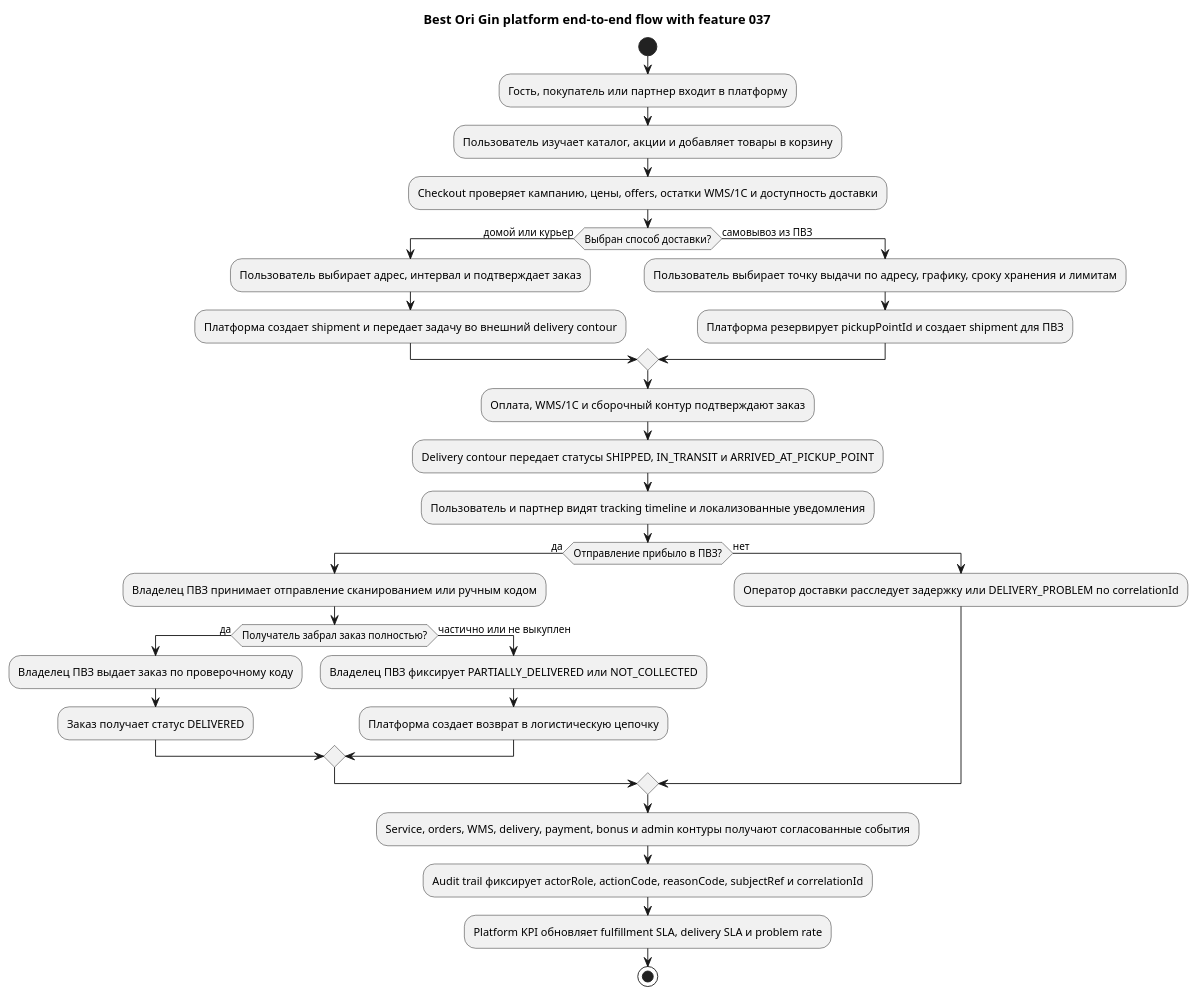
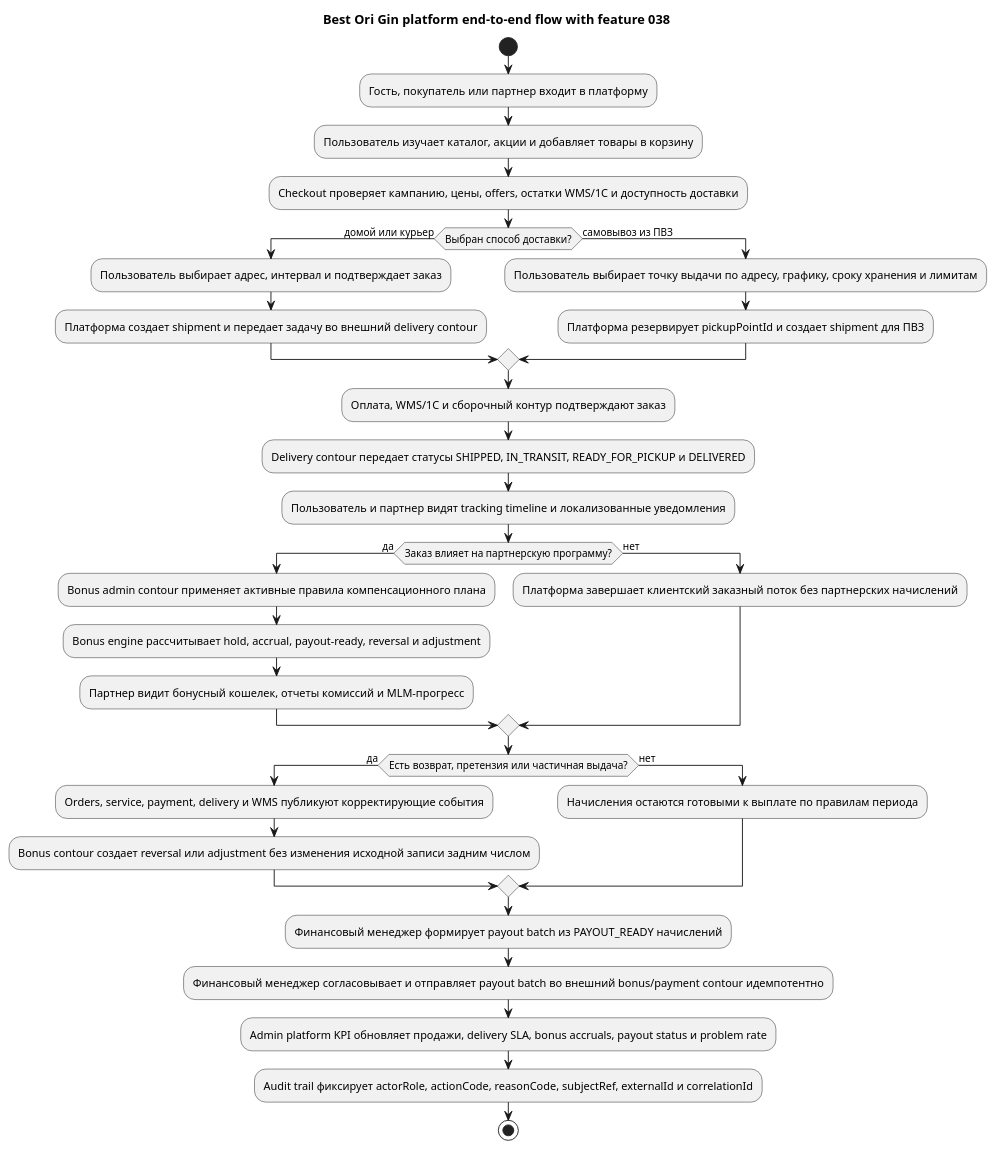
One commit to alextaralexander/ai_ori_test changed the diagram in agents/analytics/ba/end_to_end/end_to_end_process_bpmn.plantuml. Above: the diagram before and after it, drawn with PlantUML. The commit also changed 46 other files, not shown here.

```diff
--- a/agents/analytics/ba/end_to_end/end_to_end_process_bpmn.plantuml
+++ b/agents/analytics/ba/end_to_end/end_to_end_process_bpmn.plantuml
@@ -1,33 +1,35 @@
 @startuml
-title Best Ori Gin platform end-to-end flow with feature 037
+title Best Ori Gin platform end-to-end flow with feature 038
 start
 :Гость, покупатель или партнер входит в платформу;
 :Пользователь изучает каталог, акции и добавляет товары в корзину;
 :Checkout проверяет кампанию, цены, offers, остатки WMS/1C и доступность доставки;
 if (Выбран способ доставки?) then (домой или курьер)
   :Пользователь выбирает адрес, интервал и подтверждает заказ;
   :Платформа создает shipment и передает задачу во внешний delivery contour;
 else (самовывоз из ПВЗ)
   :Пользователь выбирает точку выдачи по адресу, графику, сроку хранения и лимитам;
   :Платформа резервирует pickupPointId и создает shipment для ПВЗ;
 endif
 :Оплата, WMS/1C и сборочный контур подтверждают заказ;
-:Delivery contour передает статусы SHIPPED, IN_TRANSIT и ARRIVED_AT_PICKUP_POINT;
+:Delivery contour передает статусы SHIPPED, IN_TRANSIT, READY_FOR_PICKUP и DELIVERED;
 :Пользователь и партнер видят tracking timeline и локализованные уведомления;
-if (Отправление прибыло в ПВЗ?) then (да)
-  :Владелец ПВЗ принимает отправление сканированием или ручным кодом;
-  if (Получатель забрал заказ полностью?) then (да)
-    :Владелец ПВЗ выдает заказ по проверочному коду;
-    :Заказ получает статус DELIVERED;
-  else (частично или не выкуплен)
-    :Владелец ПВЗ фиксирует PARTIALLY_DELIVERED или NOT_COLLECTED;
-    :Платформа создает возврат в логистическую цепочку;
-  endif
+if (Заказ влияет на партнерскую программу?) then (да)
+  :Bonus admin contour применяет активные правила компенсационного плана;
+  :Bonus engine рассчитывает hold, accrual, payout-ready, reversal и adjustment;
+  :Партнер видит бонусный кошелек, отчеты комиссий и MLM-прогресс;
 else (нет)
-  :Оператор доставки расследует задержку или DELIVERY_PROBLEM по correlationId;
+  :Платформа завершает клиентский заказный поток без партнерских начислений;
 endif
-:Service, orders, WMS, delivery, payment, bonus и admin контуры получают согласованные события;
-:Audit trail фиксирует actorRole, actionCode, reasonCode, subjectRef и correlationId;
-:Platform KPI обновляет fulfillment SLA, delivery SLA и problem rate;
+if (Есть возврат, претензия или частичная выдача?) then (да)
+  :Orders, service, payment, delivery и WMS публикуют корректирующие события;
+  :Bonus contour создает reversal или adjustment без изменения исходной записи задним числом;
+else (нет)
+  :Начисления остаются готовыми к выплате по правилам периода;
+endif
+:Финансовый менеджер формирует payout batch из PAYOUT_READY начислений;
+:Финансовый менеджер согласовывает и отправляет payout batch во внешний bonus/payment contour идемпотентно;
+:Admin platform KPI обновляет продажи, delivery SLA, bonus accruals, payout status и problem rate;
+:Audit trail фиксирует actorRole, actionCode, reasonCode, subjectRef, externalId и correlationId;
 stop
 @enduml
```
